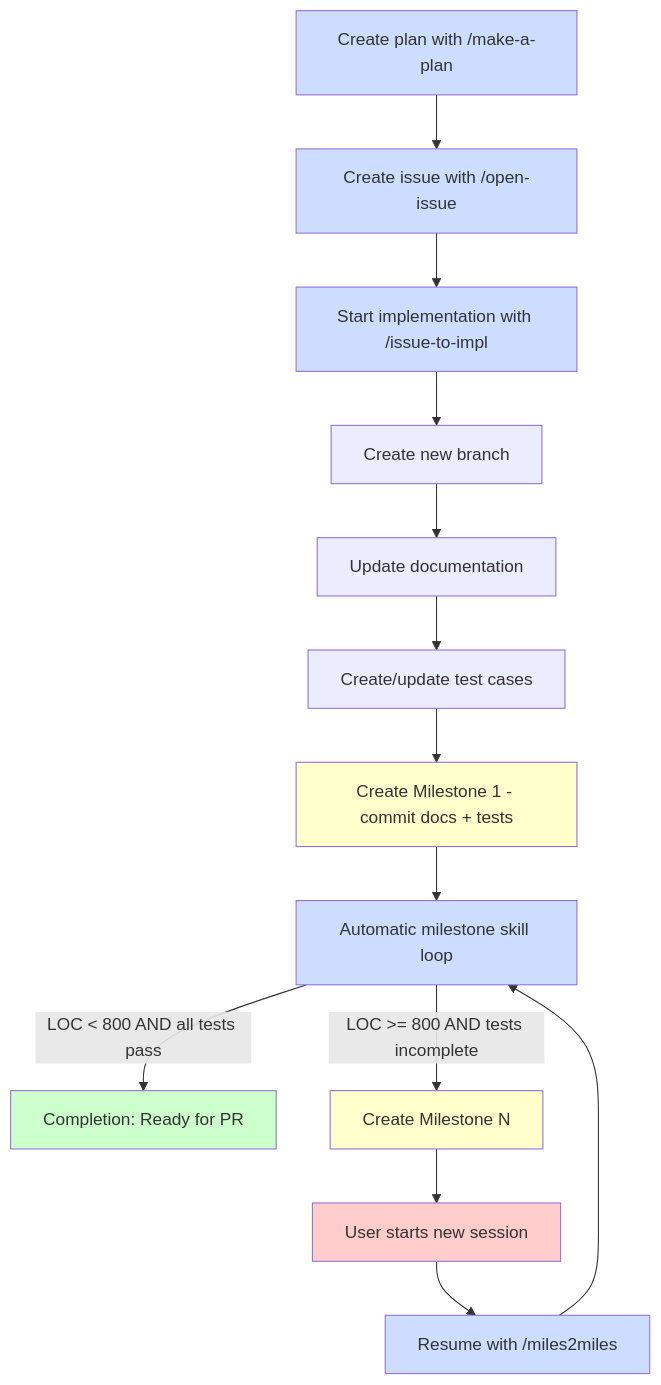
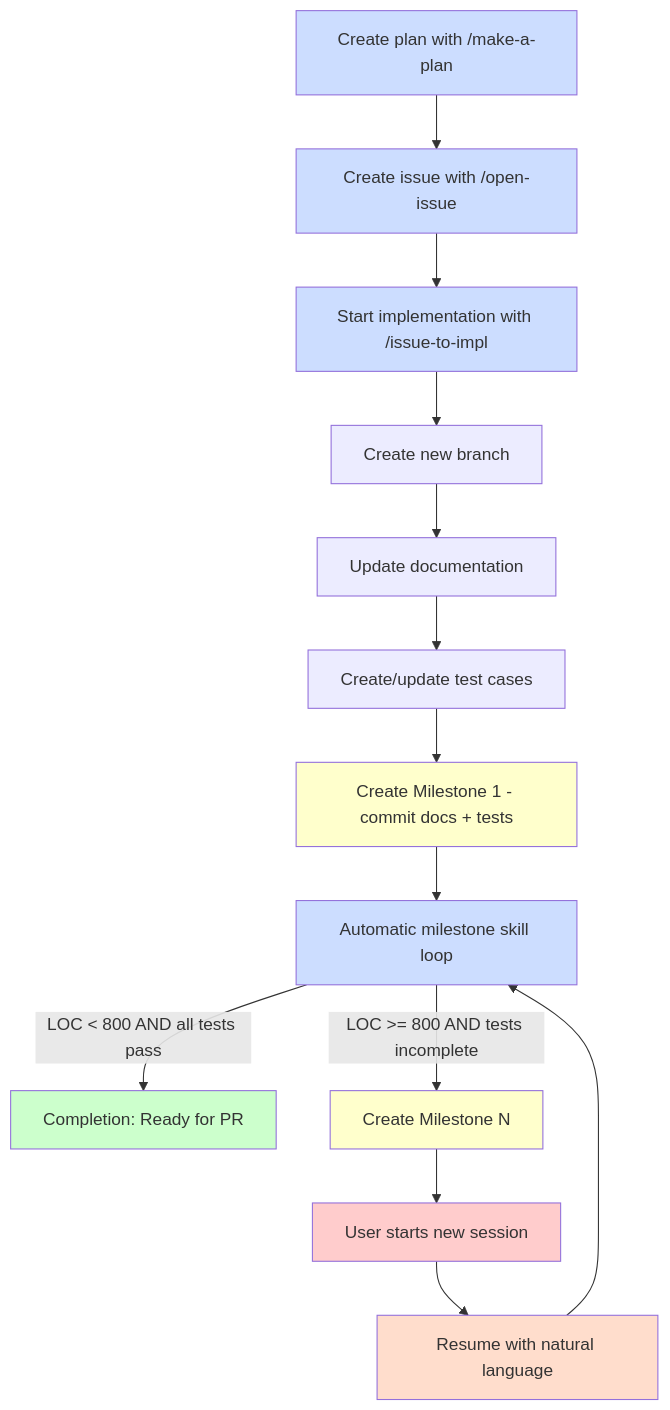
One commit to Synthesys-Lab/agentize changed the diagram in docs/workflows/milestone.md. Above: the diagram before and after it, drawn with Mermaid. The commit also changed other lines of this file and 13 other files, not shown here.

````diff
--- a/docs/workflows/milestone.md
+++ b/docs/workflows/milestone.md
@@ -36,25 +36,25 @@
 ```mermaid
 graph TD
     A[Create plan with /make-a-plan] --> B[Create issue with /open-issue]
     B --> C[Start implementation with /issue-to-impl]
     C --> D[Create new branch]
     D --> E[Update documentation]
     E --> F[Create/update test cases]
     F --> G[Create Milestone 1 - commit docs + tests]
     G --> H[Automatic milestone skill loop]
     H -->|LOC < 800 AND all tests pass| I[Completion: Ready for PR]
     H -->|LOC >= 800 AND tests incomplete| J[Create Milestone N]
     J --> K[User starts new session]
-    K --> L[Resume with /miles2miles]
+    K --> L[Resume with natural language]
     L --> H
 
     style A fill:#ccddff
     style B fill:#ccddff
     style C fill:#ccddff
     style G fill:#ffffcc
     style H fill:#ccddff
     style I fill:#ccffcc
     style J fill:#ffffcc
     style K fill:#ffcccc
-    style L fill:#ccddff
+    style L fill:#ffddcc
 ```
````
